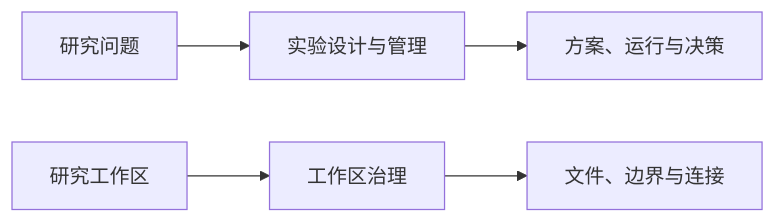
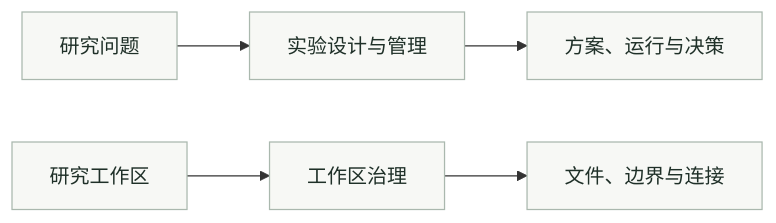
The diagram in README.zh-CN.md (DELONG-L/Research-Workflow-Skills), drawn with Mermaid before and after one commit. The commit also changed 1 other file, not shown here.

Commit message:
Match workflow diagrams to restrained repository styling

````diff
--- a/README.zh-CN.md
+++ b/README.zh-CN.md
@@ -19,7 +19,9 @@
 ```mermaid
 flowchart LR
     A[研究问题] --> B[实验设计与管理]
     B --> C[方案、运行与决策]
     D[研究工作区] --> E[工作区治理]
     E --> F[文件、边界与连接]
+    classDef stage fill:#f7f8f5,stroke:#aab8ae,color:#1f3028;
+    class A,B,C,D,E,F stage;
 ```
````
